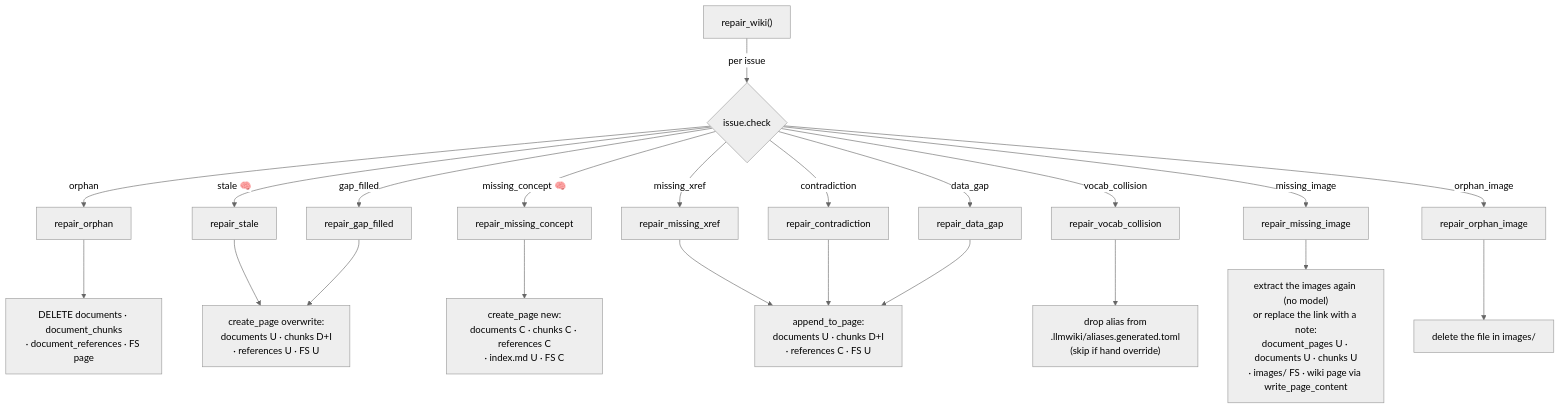
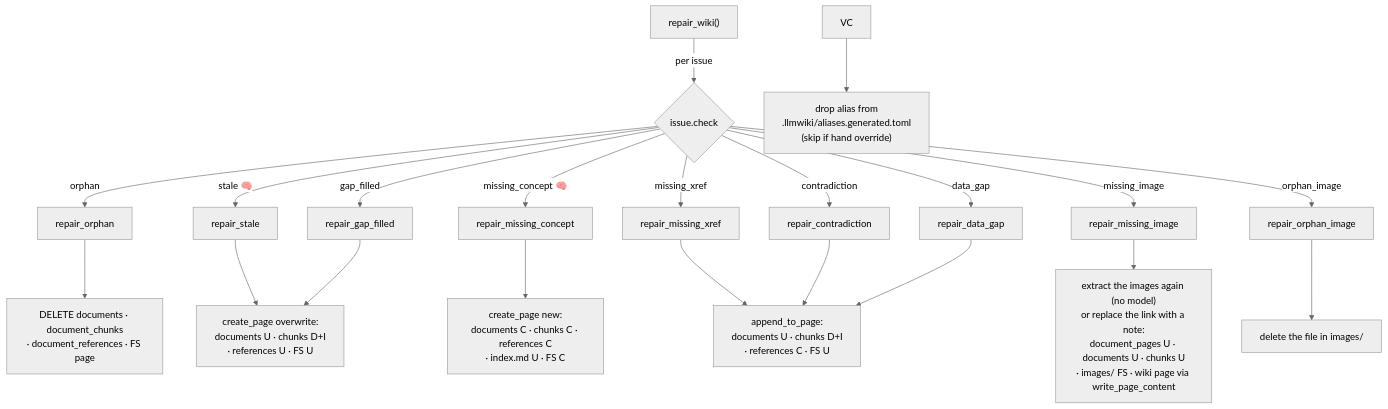
One commit to Clod/llmwiki-marimo changed the diagram in docs/manual/workflows/6.2-repair.md. Above: the diagram before and after it, drawn with Mermaid (neutral theme). The commit also changed other lines of this file and 112 other files, not shown here.

````diff
--- a/docs/manual/workflows/6.2-repair.md
+++ b/docs/manual/workflows/6.2-repair.md
@@ -7,24 +7,23 @@
 ```mermaid
 flowchart TD
     RW["repair_wiki()"] -->|per issue| DISP{"issue.check"}
     DISP -->|orphan| O["repair_orphan"]
     DISP -->|stale 🧠| ST["repair_stale"]
     DISP -->|missing_concept 🧠| MC["repair_missing_concept"]
     DISP -->|missing_xref| MX["repair_missing_xref"]
     DISP -->|contradiction| CO["repair_contradiction"]
     DISP -->|data_gap| DG["repair_data_gap"]
     DISP -->|gap_filled| GF["repair_gap_filled"]
-    DISP -->|vocab_collision| VC["repair_vocab_collision"]
     DISP -->|missing_image| MI["repair_missing_image"]
     DISP -->|orphan_image| OI["repair_orphan_image"]
     O --> W1["DELETE documents · document_chunks<br/>· document_references · FS page"]
     ST --> W2["create_page overwrite:<br/>documents U · chunks D+I<br/>· references U · FS U"]
     MC --> W3["create_page new:<br/>documents C · chunks C · references C<br/>· index.md U · FS C"]
     MX --> W4["append_to_page:<br/>documents U · chunks D+I<br/>· references C · FS U"]
     CO --> W4
     DG --> W4
     GF --> W2
     VC --> W5["drop alias from<br/>.llmwiki/aliases.generated.toml<br/>(skip if hand override)"]
     MI --> W6["extract the images again (no model)<br/>or replace the link with a note:<br/>document_pages U · documents U · chunks U<br/>· images/ FS · wiki page via write_page_content"]
     OI --> W7["delete the file in images/"]
 ```
````
